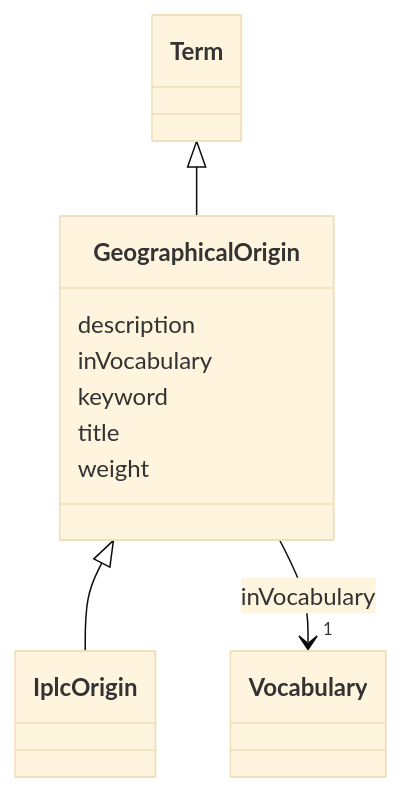
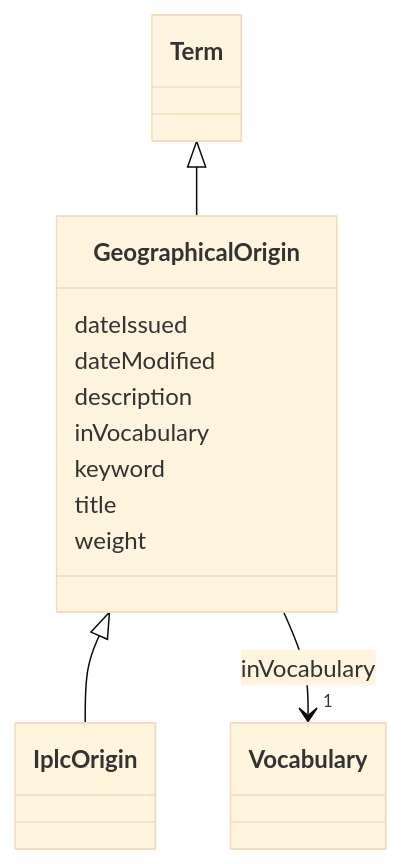
The diagram in models/docs/GeographicalOrigin.md (EVORA-project/evora-ontology), drawn with Mermaid (base theme) before and after one commit. The commit also changed other lines of this file and 377 other files, not shown here.

````diff
--- a/models/docs/GeographicalOrigin.md
+++ b/models/docs/GeographicalOrigin.md
@@ -19,31 +19,35 @@
 ```mermaid
  classDiagram
     class GeographicalOrigin
     click GeographicalOrigin href "../GeographicalOrigin"
       Term <|-- GeographicalOrigin
         click Term href "../Term"
       
 
       GeographicalOrigin <|-- IplcOrigin
         click IplcOrigin href "../IplcOrigin"
       
       
+      GeographicalOrigin : dateIssued
+        
+      GeographicalOrigin : dateModified
+        
       GeographicalOrigin : description
         
       GeographicalOrigin : inVocabulary
         
           
     
     
     GeographicalOrigin --> "1" Vocabulary : inVocabulary
     click Vocabulary href "../Vocabulary"
 
         
       GeographicalOrigin : keyword
         
       GeographicalOrigin : title
         
       GeographicalOrigin : weight
         
       
 ```
````
